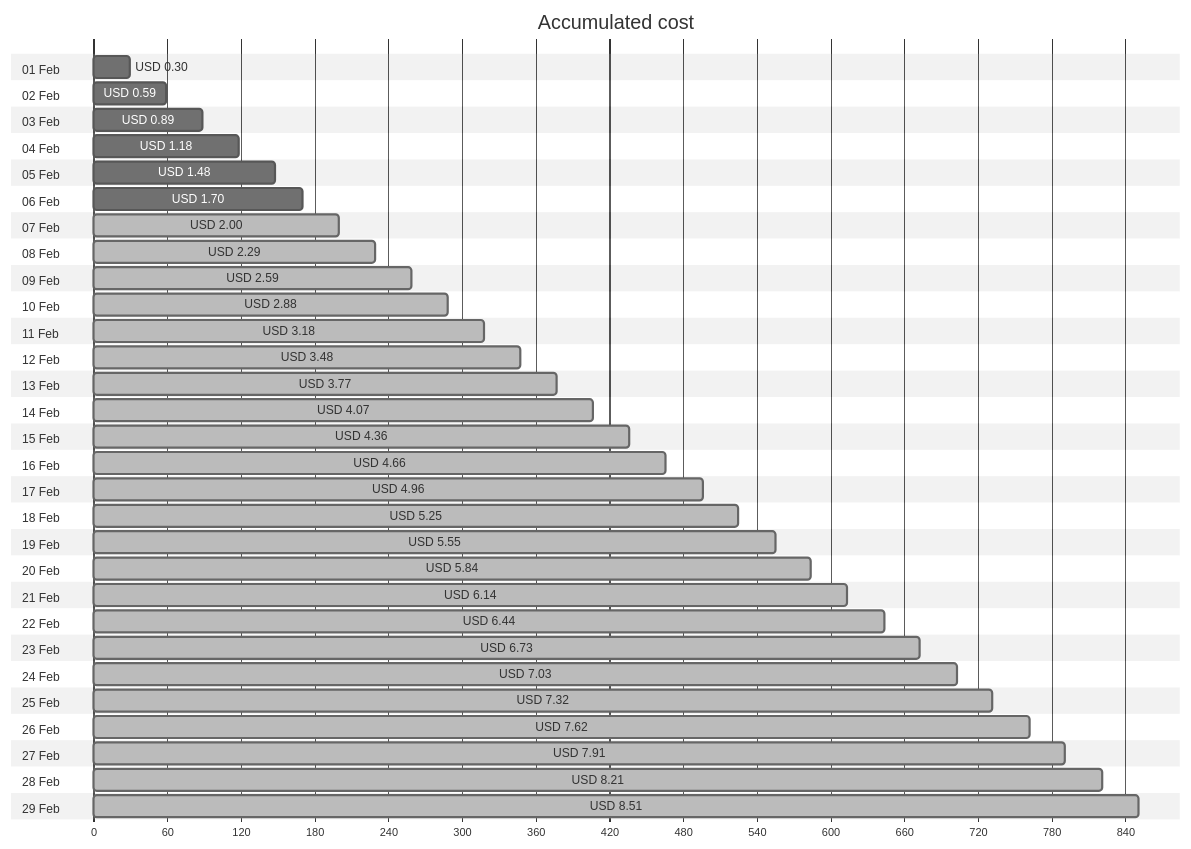
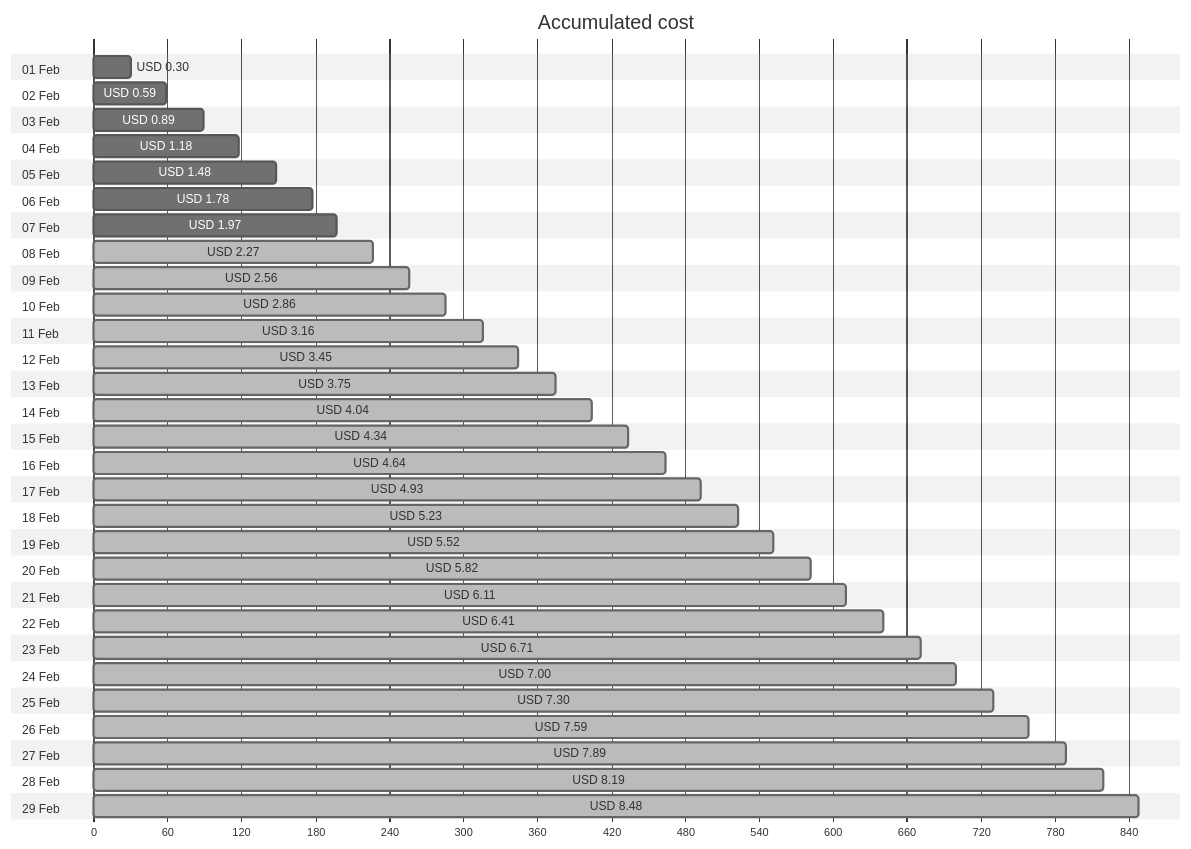
Before and after one commit to jpfulton/azure-personal-reports: the first of 4 diagrams in cost-reports/personal-site/personal-site-preview.md, drawn with Mermaid (neutral theme). The commit also changed other lines of this file and 7 other files, not shown here.

````diff
--- a/cost-reports/personal-site/personal-site-preview.md
+++ b/cost-reports/personal-site/personal-site-preview.md
@@ -20,64 +20,64 @@
 ```mermaid
 gantt
    title Accumulated cost
    dateFormat  X
    axisFormat %s
    section 01 Feb
    USD 0.30 :0, 30
    section 02 Feb
    USD 0.59 :0, 59
    section 03 Feb
    USD 0.89 :0, 89
    section 04 Feb
    USD 1.18 :0, 118
    section 05 Feb
    USD 1.48 :0, 148
    section 06 Feb
-   USD 1.70 :0, 170
+   USD 1.78 :0, 178
    section 07 Feb
-   USD 2.00 : done, 0, 200
+   USD 1.97 :0, 197
    section 08 Feb
-   USD 2.29 : done, 0, 229
+   USD 2.27 : done, 0, 227
    section 09 Feb
-   USD 2.59 : done, 0, 259
+   USD 2.56 : done, 0, 256
    section 10 Feb
-   USD 2.88 : done, 0, 288
+   USD 2.86 : done, 0, 286
    section 11 Feb
-   USD 3.18 : done, 0, 318
+   USD 3.16 : done, 0, 316
    section 12 Feb
-   USD 3.48 : done, 0, 348
+   USD 3.45 : done, 0, 345
    section 13 Feb
-   USD 3.77 : done, 0, 377
+   USD 3.75 : done, 0, 375
    section 14 Feb
-   USD 4.07 : done, 0, 407
+   USD 4.04 : done, 0, 404
    section 15 Feb
-   USD 4.36 : done, 0, 436
+   USD 4.34 : done, 0, 434
    section 16 Feb
-   USD 4.66 : done, 0, 466
+   USD 4.64 : done, 0, 464
    section 17 Feb
-   USD 4.96 : done, 0, 496
+   USD 4.93 : done, 0, 493
    section 18 Feb
-   USD 5.25 : done, 0, 525
+   USD 5.23 : done, 0, 523
    section 19 Feb
-   USD 5.55 : done, 0, 555
+   USD 5.52 : done, 0, 552
    section 20 Feb
-   USD 5.84 : done, 0, 584
+   USD 5.82 : done, 0, 582
    section 21 Feb
-   USD 6.14 : done, 0, 614
+   USD 6.11 : done, 0, 611
    section 22 Feb
-   USD 6.44 : done, 0, 644
+   USD 6.41 : done, 0, 641
    section 23 Feb
-   USD 6.73 : done, 0, 673
+   USD 6.71 : done, 0, 671
    section 24 Feb
-   USD 7.03 : done, 0, 703
+   USD 7.00 : done, 0, 700
    section 25 Feb
-   USD 7.32 : done, 0, 732
+   USD 7.30 : done, 0, 730
    section 26 Feb
-   USD 7.62 : done, 0, 762
+   USD 7.59 : done, 0, 759
    section 27 Feb
-   USD 7.91 : done, 0, 791
+   USD 7.89 : done, 0, 789
    section 28 Feb
-   USD 8.21 : done, 0, 821
+   USD 8.19 : done, 0, 819
    section 29 Feb
-   USD 8.51 : done, 0, 851
+   USD 8.48 : done, 0, 848
 ```
````
